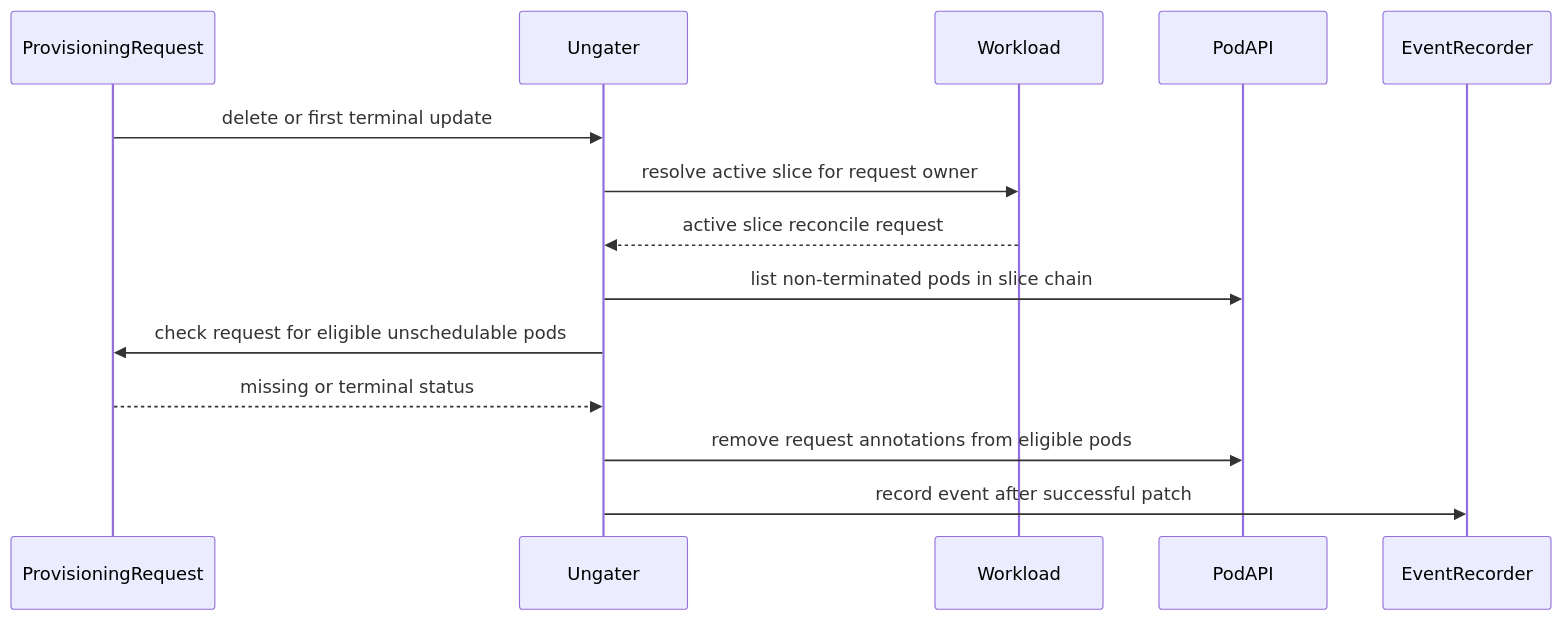
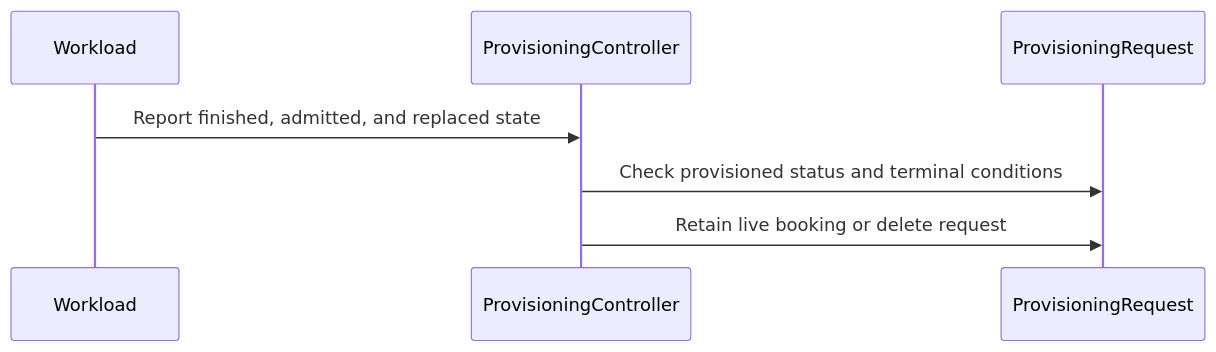
The diagram in raw/github/kubernetes-sigs__kueue/pr-17119.md (reruno/kueue-llm-wiki), drawn with Mermaid before and after one commit. The commit also changed other lines of this file and 952 other files, not shown here.

````diff
--- a/raw/github/kubernetes-sigs__kueue/pr-17119.md
+++ b/raw/github/kubernetes-sigs__kueue/pr-17119.md
@@ -197,16 +222,9 @@
 ```mermaid
 sequenceDiagram
+  participant Workload
+  participant ProvisioningController
   participant ProvisioningRequest
-  participant Ungater
-  participant Workload
-  participant PodAPI
-  participant EventRecorder
-  ProvisioningRequest->>Ungater: delete or first terminal update
-  Ungater->>Workload: resolve active slice for request owner
-  Workload-->>Ungater: active slice reconcile request
-  Ungater->>PodAPI: list non-terminated pods in slice chain
-  Ungater->>ProvisioningRequest: check request for eligible unschedulable pods
-  ProvisioningRequest-->>Ungater: missing or terminal status
-  Ungater->>PodAPI: remove request annotations from eligible pods
-  Ungater->>EventRecorder: record event after successful patch
+  Workload->>ProvisioningController: Report finished, admitted, and replaced state
+  ProvisioningController->>ProvisioningRequest: Check provisioned status and terminal conditions
+  ProvisioningController->>ProvisioningRequest: Retain live booking or delete request
 ```
````
